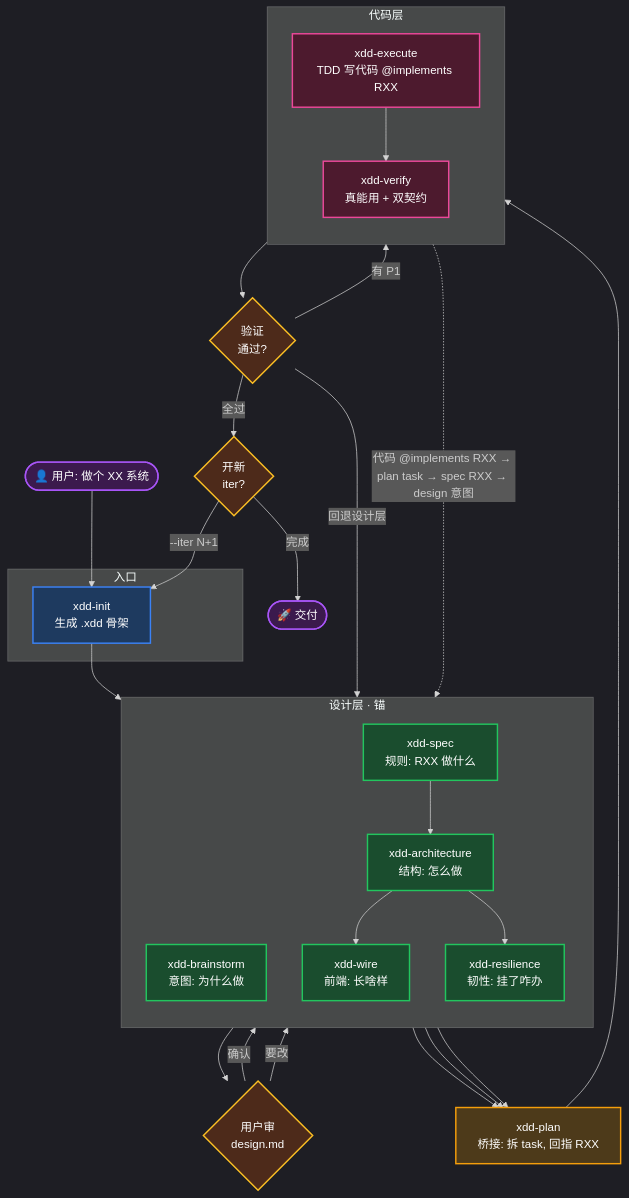
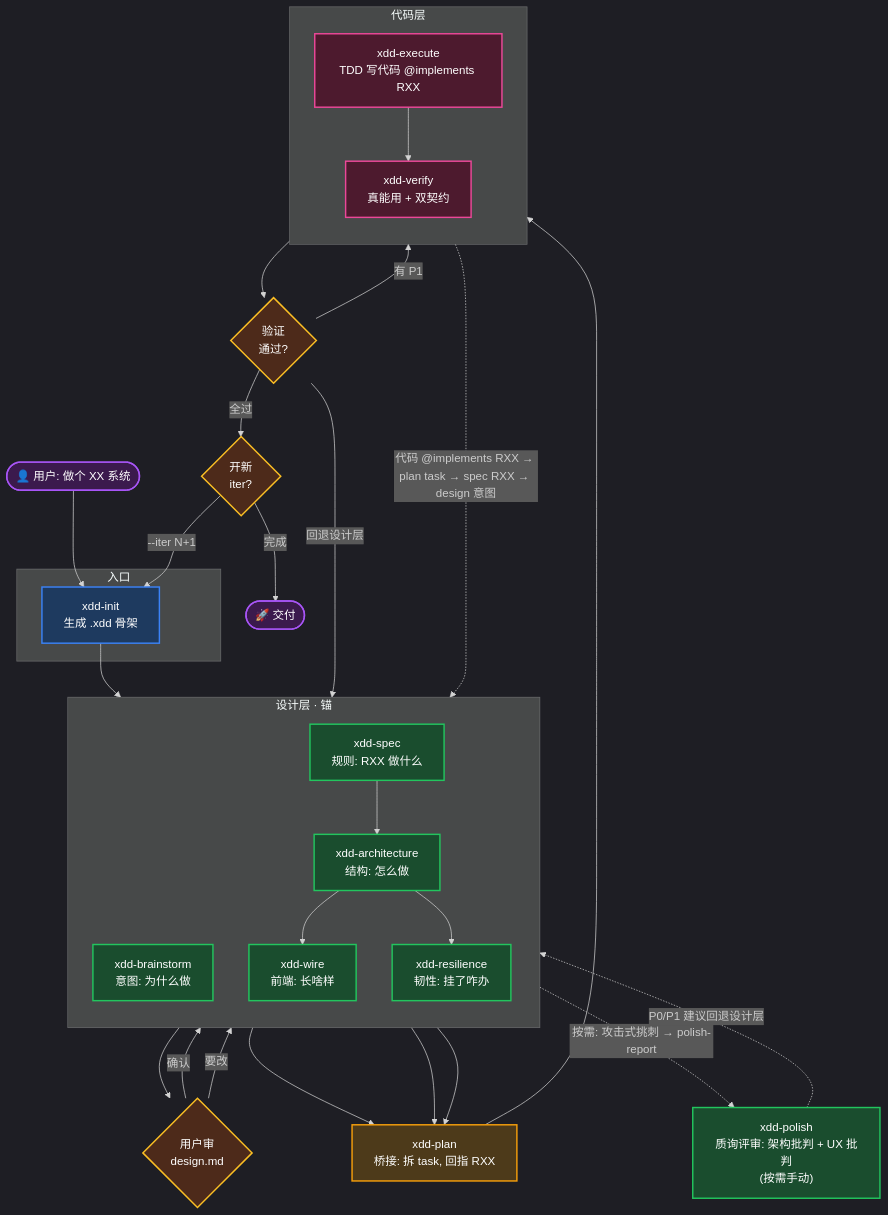
Before and after one commit to zhaochongjie666-cyber/cjxdd: the diagram in docs/xdd/flow.mermaid, drawn with Mermaid. The commit also changed 63 other files, not shown here.

```diff
--- a/docs/xdd/flow.mermaid
+++ b/docs/xdd/flow.mermaid
@@ -1,63 +1,68 @@
 %%{ init: { 'theme': 'dark' } }%%
 %% xdd 流程总览：prompt → 设计层（锚）→ 桥接 → 代码层
 %% 两道闸：① design.md 用户审；② verify 验证通过判定
 %% 详见 docs/WORKFLOW.md
 
 flowchart TD
     START(["👤 用户: 做个 XX 系统"]):::user
 
     subgraph ENTRY["入口"]
         INIT["xdd-init<br/>生成 .xdd 骨架"]:::entry
     end
 
     subgraph DESIGN_LAYER["设计层 · 锚"]
         direction TB
         UND["xdd-brainstorm<br/>意图: 为什么做"]:::design
         SPEC["xdd-spec<br/>规则: RXX 做什么"]:::design
         ARCH["xdd-architecture<br/>结构: 怎么做"]:::design
         WIRE["xdd-wire<br/>前端: 长啥样"]:::design
         RES["xdd-resilience<br/>韧性: 挂了咋办"]:::design
     end
 
     BRIDGE["xdd-plan<br/>桥接: 拆 task, 回指 RXX"]:::bridge
 
     subgraph CODE_LAYER["代码层"]
         direction TB
         EXEC["xdd-execute<br/>TDD 写代码 @implements RXX"]:::code
         VERIFY["xdd-verify<br/>真能用 + 双契约"]:::code
     end
 
     GATE1{"用户审<br/>design.md"}:::gate
     GATE2{"验证<br/>通过?"}:::gate
     NEXT{"开新<br/>iter?"}:::gate
     SHIP(["🚀 交付"]):::user
 
     START --> INIT
     INIT --> UND
     UND --> GATE1
     GATE1 -->|确认| SPEC
     GATE1 -->|要改| UND
     SPEC --> ARCH
     ARCH --> WIRE
     ARCH --> RES
     WIRE --> BRIDGE
     RES --> BRIDGE
     SPEC --> BRIDGE
     BRIDGE --> EXEC
     EXEC --> VERIFY
     VERIFY --> GATE2
     GATE2 -->|有 P1| EXEC
     GATE2 -->|回退设计层| DESIGN_LAYER
     GATE2 -->|全过| NEXT
     NEXT -->|--iter N+1| INIT
     NEXT -->|完成| SHIP
 
     %% 追溯闭环：每层 ID 回指上游
     VERIFY -. "代码 @implements RXX → plan task → spec RXX → design 意图" .-> UND
 
+    %% polish：按需手动调的质询性评审旁路（不进默认流水线）
+    POLISH["xdd-polish<br/>质询评审: 架构批判 + UX 批判<br/>(按需手动)"]:::design
+    DESIGN_LAYER -. "按需: 攻击式挑刺 → polish-report" .-> POLISH
+    POLISH -. "P0/P1 建议回退设计层" .-> DESIGN_LAYER
+
     classDef user fill:#3b1a4d,stroke:#a855f7,stroke-width:2px,color:#fff
     classDef entry fill:#1e3a5f,stroke:#3b82f6,stroke-width:2px,color:#fff
     classDef design fill:#1a4d2e,stroke:#22c55e,stroke-width:2px,color:#fff
     classDef bridge fill:#4d3a1a,stroke:#f59e0b,stroke-width:2px,color:#fff
     classDef code fill:#4d1a2e,stroke:#ec4899,stroke-width:2px,color:#fff
     classDef gate fill:#4d2a1a,stroke:#fbbf24,stroke-width:2px,color:#fff
```
